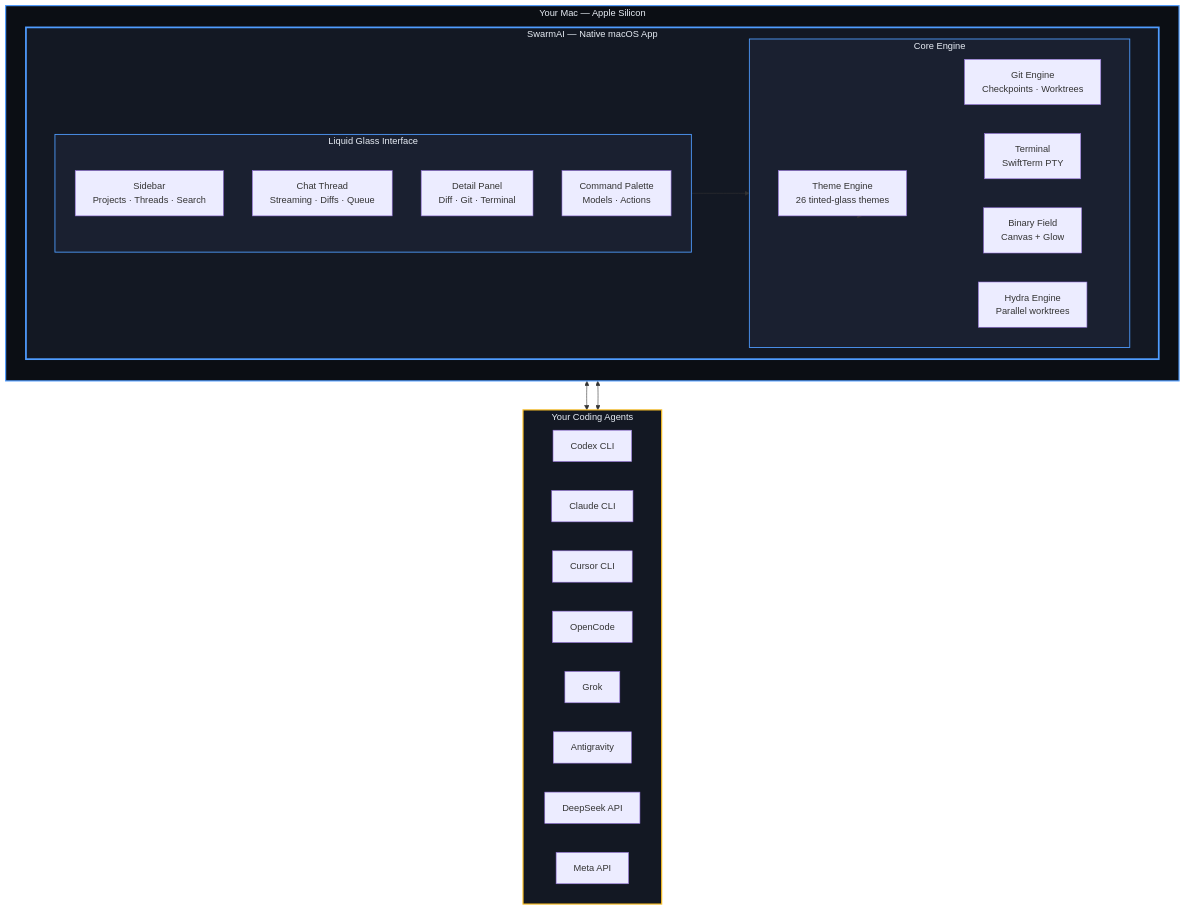
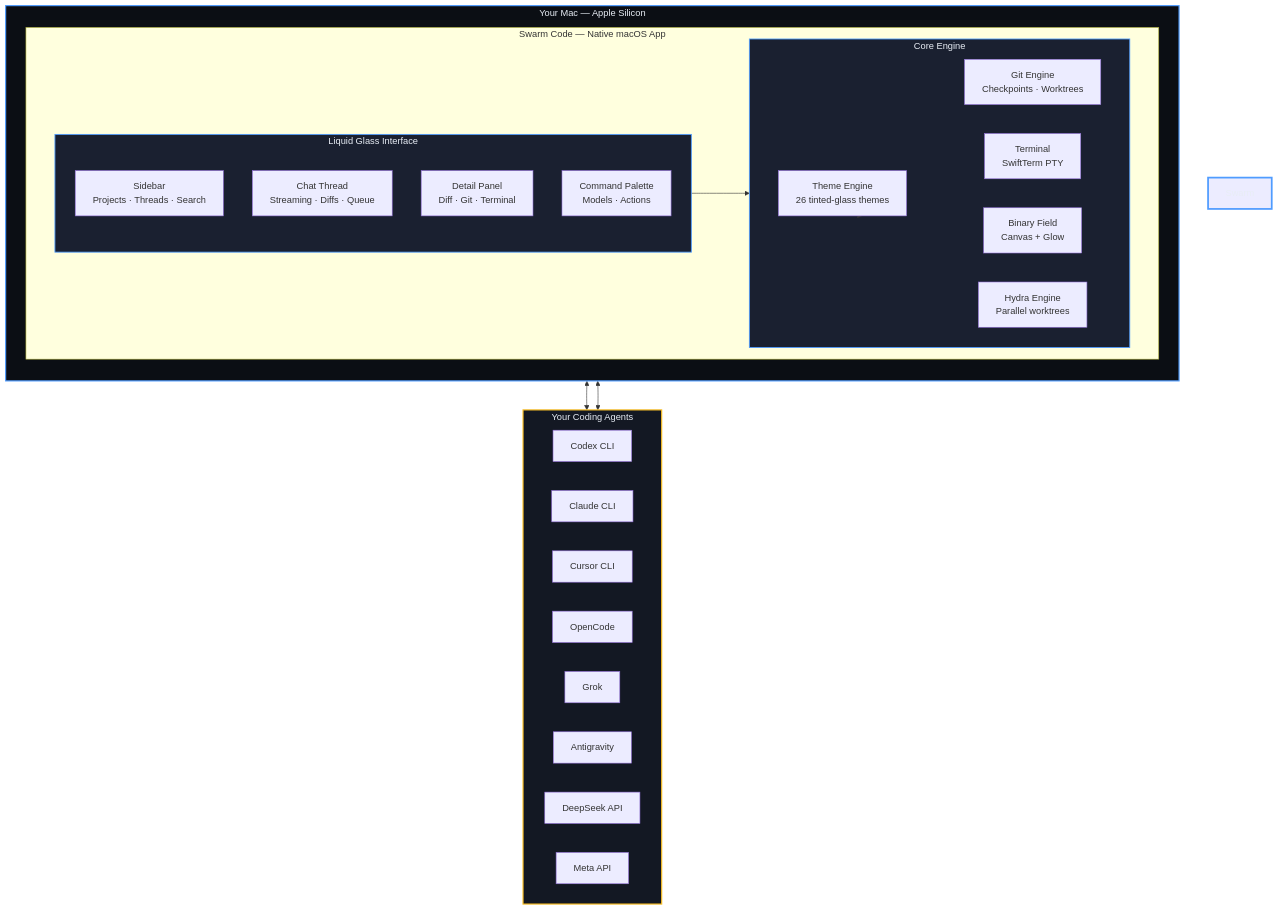
Before and after one commit to soumyachk101/Swarm-Code: the diagram in SwarmAI-Release/README.md, drawn with Mermaid. The commit also changed other lines of this file and 62 other files, not shown here.

Commit message:
feat(release): v1.1.7 - Swarm Code rebrand, MCP integration, and Settings credits links

````diff
--- a/SwarmAI-Release/README.md
+++ b/SwarmAI-Release/README.md
@@ -95,53 +95,53 @@
 ```mermaid
 graph TB
     subgraph Mac["Your Mac — Apple Silicon"]
         direction TB
-        subgraph SwarmAI["SwarmAI — Native macOS App"]
+        subgraph Swarm Code["Swarm Code — Native macOS App"]
             direction LR
             subgraph UI["Liquid Glass Interface"]
                 direction TB
                 Sidebar["Sidebar\nProjects · Threads · Search"]
                 Chat["Chat Thread\nStreaming · Diffs · Queue"]
                 Detail["Detail Panel\nDiff · Git · Terminal"]
                 Palette["Command Palette\nModels · Actions"]
             end
             subgraph Engine["Core Engine"]
                 ThemeEngine["Theme Engine\n26 tinted-glass themes"]
                 BinaryField["Binary Field\nCanvas + Glow"]
                 HydraEngine["Hydra Engine\nParallel worktrees"]
                 GitEngine["Git Engine\nCheckpoints · Worktrees"]
                 TerminalEngine["Terminal\nSwiftTerm PTY"]
             end
         end
     end
 
     subgraph Agents["Your Coding Agents"]
         Codex["Codex CLI"]
         Claude["Claude CLI"]
         Cursor["Cursor CLI"]
         OpenCode["OpenCode"]
         Grok["Grok"]
         Antigravity["Antigravity"]
         DeepSeek["DeepSeek API"]
         Meta["Meta API"]
     end
 
     UI --> Engine
     Engine --> GitEngine
     Engine --> TerminalEngine
     Engine --> ThemeEngine
     Engine --> BinaryField
     Engine --> HydraEngine
 
     Chat <--> Agents
     HydraEngine <--> Agents
 
     style Mac fill:#0b0e14,stroke:#4f9cff,stroke-width:2px,color:#e8edf5
-    style SwarmAI fill:#131823,stroke:#4f9cff,stroke-width:3px,color:#e8edf5
+    style Swarm Code fill:#131823,stroke:#4f9cff,stroke-width:3px,color:#e8edf5
     style UI fill:#1a2030,stroke:#4f9cff,stroke-width:1.5px,color:#e8edf5
     style Engine fill:#1a2030,stroke:#4f9cff,stroke-width:1.5px,color:#e8edf5
     style Agents fill:#131823,stroke:#fbbf24,stroke-width:2px,color:#e8edf5
 
     class Sidebar,Chat,Detail,Palette,ThemeEngine,BinaryField,HydraEngine,GitEngine,TerminalEngine engineStyle
     class Codex,Claude,Cursor,OpenCode,Grok,Antigravity,DeepSeek,Meta agentStyle
 ```
````
